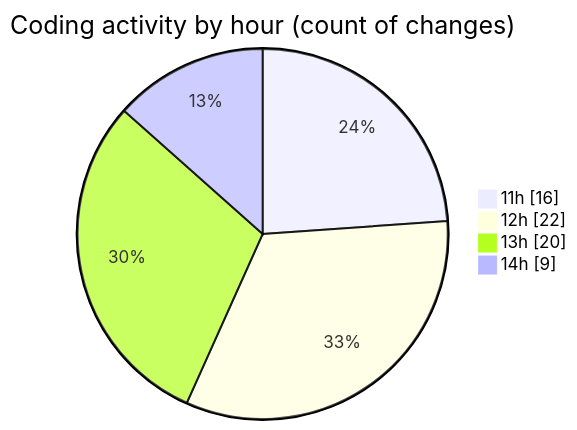
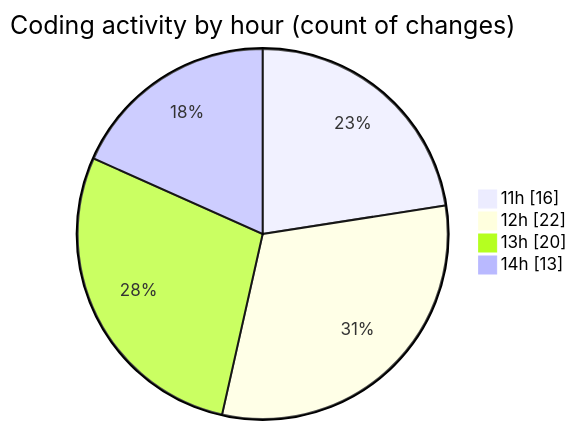
Before and after one commit to donsfak/code-tracking: the second of 2 diagrams in 2025-03-25/wordle/README.md, drawn with Mermaid. The commit also changed other lines of this file and 1 other file, not shown here.

````diff
--- a/2025-03-25/wordle/README.md
+++ b/2025-03-25/wordle/README.md
@@ -35,8 +35,8 @@
 ```mermaid
 pie showData
 title Coding activity by hour (count of changes)
 "11h" : 16
 "12h" : 22
 "13h" : 20
-"14h" : 9
+"14h" : 13
 ```
````
